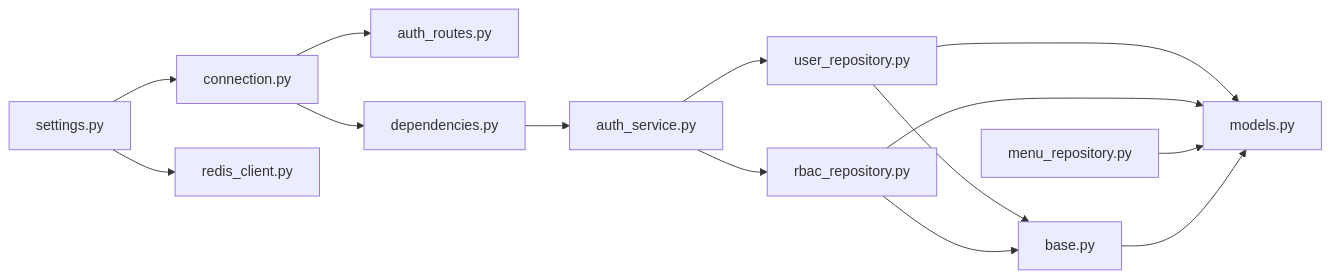
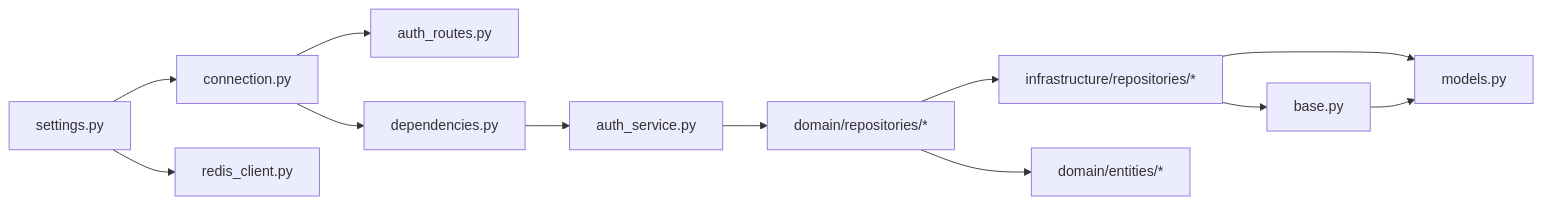
The seventh of 7 diagrams in .qoder/repowiki/zh/content/后端架构设计/DDD 分层架构详解/基础设施层（Data Access）.md (taoweidong/Hello-FastApi), drawn with Mermaid before and after one commit. The commit also changed other lines of this file and 18 other files, not shown here.

````diff
--- a/.qoder/repowiki/zh/content/后端架构设计/DDD 分层架构详解/基础设施层（Data Access）.md
+++ b/.qoder/repowiki/zh/content/后端架构设计/DDD 分层架构详解/基础设施层（Data Access）.md
@@ -457,16 +569,14 @@
 ```mermaid
 graph LR
 Settings["settings.py"] --> Conn["connection.py"]
 Settings --> Redis["redis_client.py"]
 Conn --> Routes["auth_routes.py"]
 Conn --> Deps["dependencies.py"]
 Deps --> Svc["auth_service.py"]
-Svc --> URepo["user_repository.py"]
-Svc --> RRepo["rbac_repository.py"]
-URepo --> BaseRepo["base.py"]
-RRepo --> BaseRepo
-URepo --> Models["models.py"]
-RRepo --> Models
-MRepo["menu_repository.py"] --> Models
+Svc --> DomainRepo["domain/repositories/*"]
+DomainRepo --> InfraRepo["infrastructure/repositories/*"]
+InfraRepo --> BaseRepo["base.py"]
+InfraRepo --> Models["models.py"]
+DomainRepo --> DomainEntity["domain/entities/*"]
 BaseRepo --> Models
 ```
````
